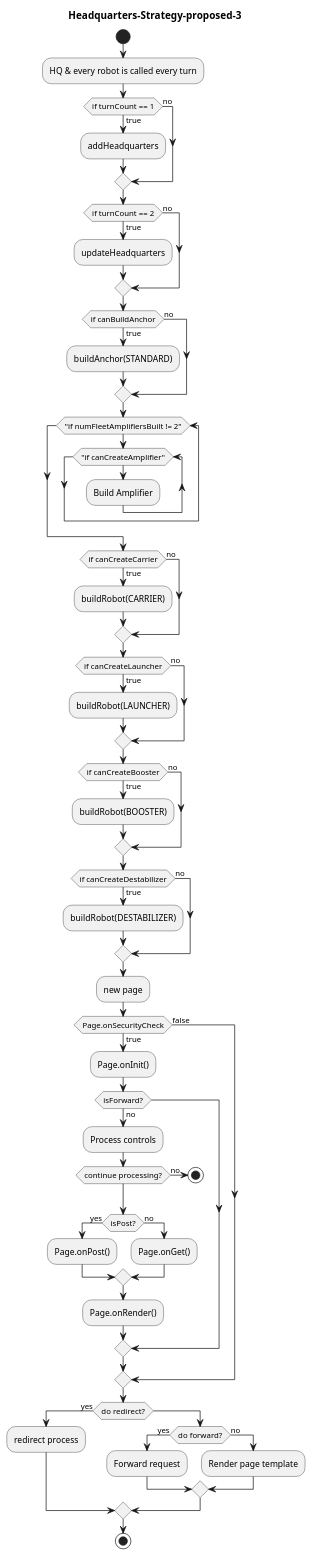
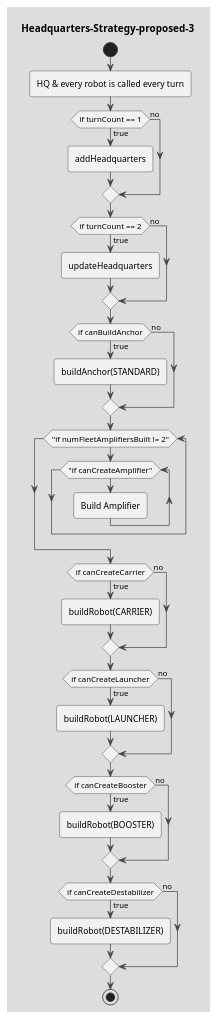
Before and after one commit to coding-to-music/plantuml-diagram-examples: the diagram in drawings/Headquarters-Strategy-proposed-3.puml, drawn with PlantUML. The commit also changed other lines of this file and 1 other file, not shown here.

```diff
--- a/drawings/Headquarters-Strategy-proposed-3.puml
+++ b/drawings/Headquarters-Strategy-proposed-3.puml
@@ -1,91 +1,41 @@
 @startuml Headquarters-Strategy-proposed-3
-' !theme toy 
+!theme toy 
 title Headquarters-Strategy-proposed-3
 start
 :HQ & every robot is called every turn;
 if (if turnCount == 1) then (true) 
 :addHeadquarters; 
 else (no)
 endif
 if (if turnCount == 2) then (true) 
 :updateHeadquarters; 
 else (no)
 endif
 if (if canBuildAnchor) then (true) 
 :buildAnchor(STANDARD); 
 else (no)
 endif
 while ("if numFleetAmplifiersBuilt != 2")
     while ("if canCreateAmplifier") 
       :Build Amplifier;            
     endwhile  
 endwhile  
 if (if canCreateCarrier) then (true) 
 :buildRobot(CARRIER); 
 else (no)
 endif
 if (if canCreateLauncher) then (true) 
 :buildRobot(LAUNCHER); 
 else (no)
 endif
 if (if canCreateBooster) then (true) 
 :buildRobot(BOOSTER); 
 else (no)
 endif
 if (if canCreateDestabilizer) then (true) 
 :buildRobot(DESTABILIZER); 
 else (no)
 endif
 
-'       if "canCreateCarrier" then
-'         -left->[true] "createRobot(CARRIER)"
-'       else
-'         if "canCreateLauncher" then
-'           -left->[true] "createRobot(LAUNCHER)"
-'         else
-'           if "canCreateBooster" then
-'             -left->[true] "createRobot(BOOSTER)"
-'           else
-'             if "canCreateDestabilizer" then
-'               -left->[true] "createRobot(DESTABILIZER)"
-'             else
-'               -->[true] "yield (end turn)"
-'             endif
-'           endif
-'         endif
-'       endif
-'     endif
-'   endif
-' endif
-
-:new page;
-if (Page.onSecurityCheck) then (true)
-  :Page.onInit();
-  if (isForward?) then (no)
-    :Process controls;
-    if (continue processing?) then (no)
-      stop
-    endif
-
-    if (isPost?) then (yes)
-      :Page.onPost();
-    else (no)
-      :Page.onGet();
-    endif
-    :Page.onRender();
-  endif
-else (false)
-endif
-
-if (do redirect?) then (yes)
-  :redirect process;
-else
-  if (do forward?) then (yes)
-    :Forward request;
-  else (no)
-    :Render page template;
-  endif
-endif
-
 stop
 @enduml
```
